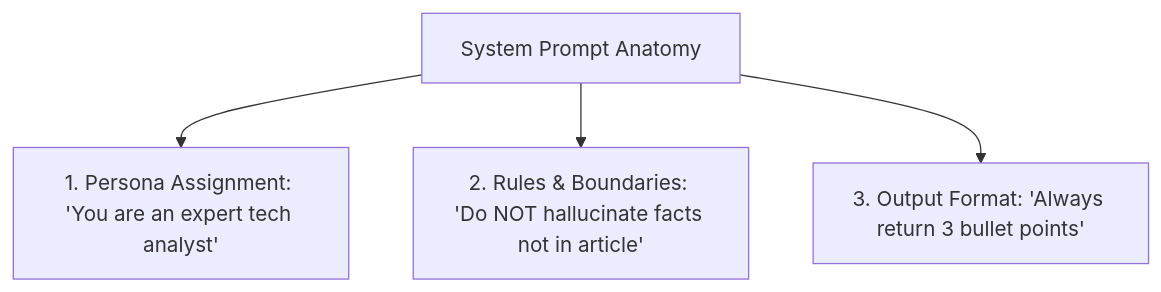
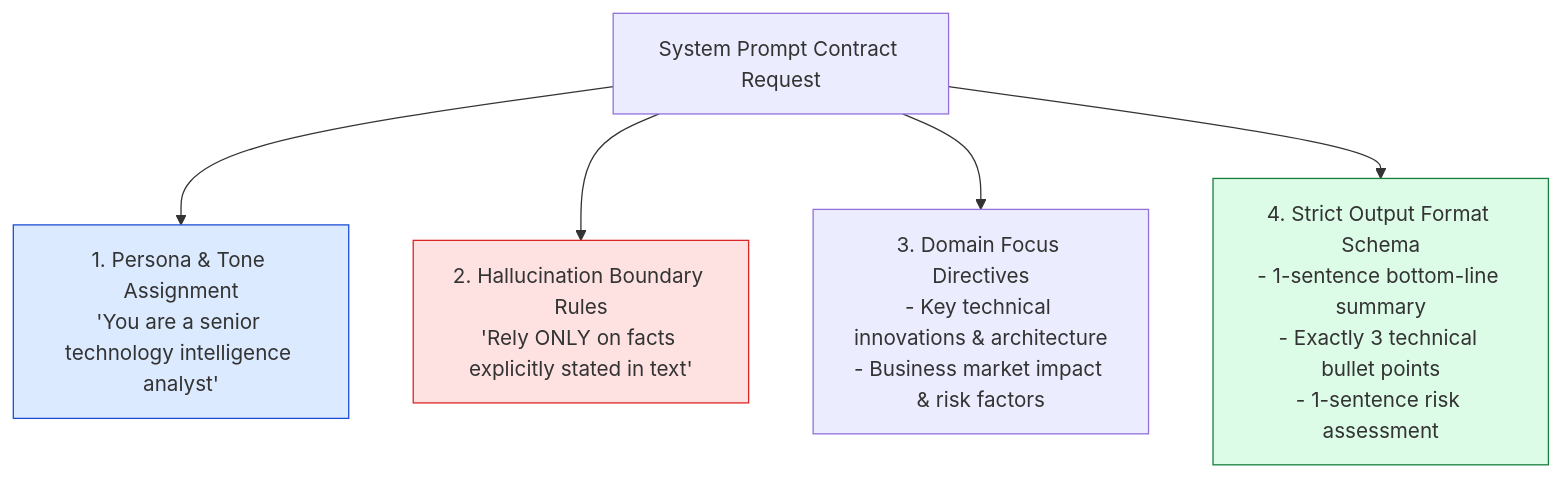
One commit to Amie-dev/engineering-playbook changed the first of 3 diagrams in agentic-ai-notes/01-chai-summarizer/01-system-prompts.md. Above: the diagram before and after it, drawn with Mermaid. The commit also changed other lines of this file and 9 other files, not shown here.

First line of the commit message:
Refactor and enhance documentation for multi-chain orchestration, token counting, cost tracking, and API server architecture

````diff
--- a/agentic-ai-notes/01-chai-summarizer/01-system-prompts.md
+++ b/agentic-ai-notes/01-chai-summarizer/01-system-prompts.md
@@ -10,6 +13,14 @@
 ```mermaid
-graph TD
-    SystemPrompt[System Prompt Anatomy] --> Persona["1. Persona Assignment: 'You are an expert tech analyst'"]
-    SystemPrompt --> Rules["2. Rules & Boundaries: 'Do NOT hallucinate facts not in article'"]
-    SystemPrompt --> OutputFormat["3. Output Format: 'Always return 3 bullet points'"]
+flowchart TD
+    SystemPromptReq[System Prompt Contract Request] --> Persona["1. Persona & Tone Assignment<br/>'You are a senior technology intelligence analyst'"]
+
+    SystemPromptReq --> Boundaries["2. Hallucination Boundary Rules<br/>'Rely ONLY on facts explicitly stated in text'"]
+
+    SystemPromptReq --> FocusAreas["3. Domain Focus Directives<br/>- Key technical innovations & architecture<br/>- Business market impact & risk factors"]
+
+    SystemPromptReq --> OutputRules["4. Strict Output Format Schema<br/>- 1-sentence bottom-line summary<br/>- Exactly 3 technical bullet points<br/>- 1-sentence risk assessment"]
+
+    style Persona fill:#dbeafe,stroke:#1d4ed8
+    style Boundaries fill:#fee2e2,stroke:#dc2626
+    style OutputRules fill:#dcfce7,stroke:#15803d
 ```
````
